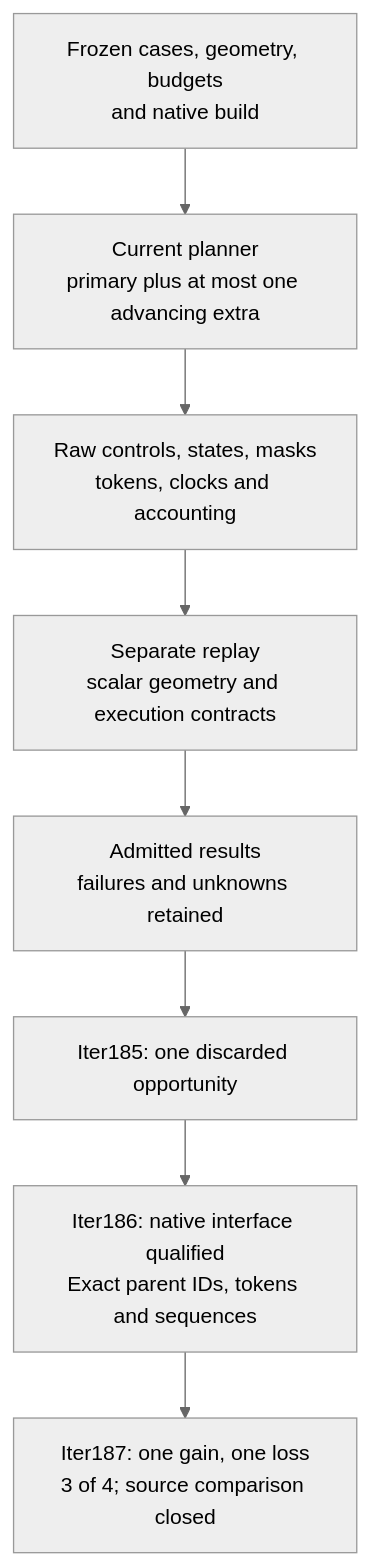
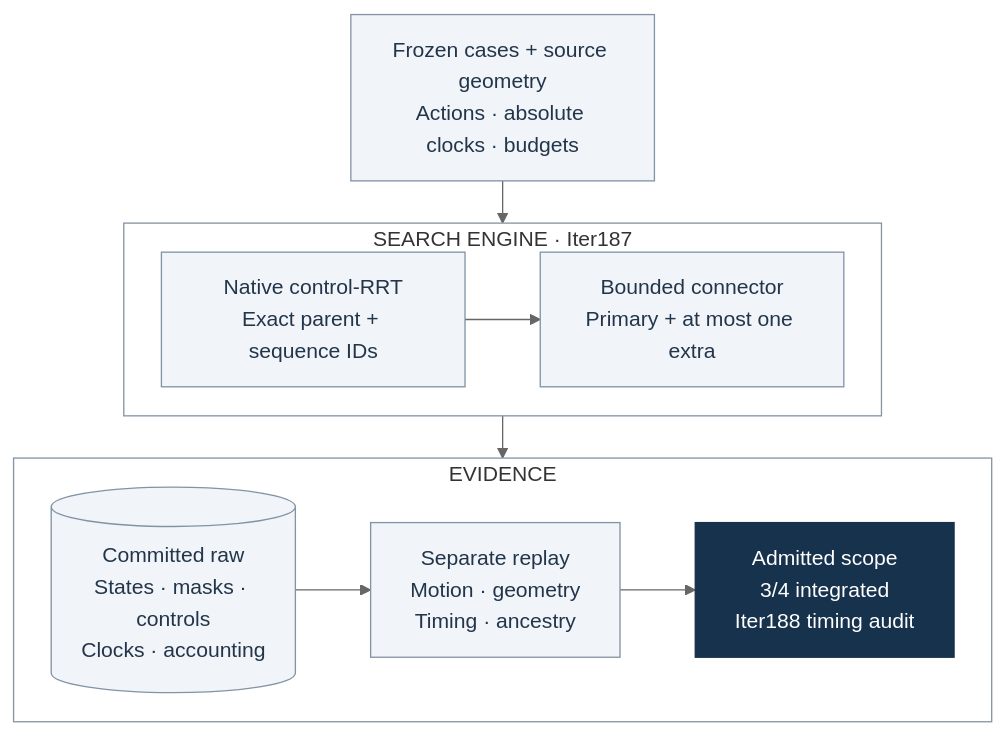
The first of 10 diagrams in docs/ARCHITECTURE.md (manfromnowhere143/sentinel), drawn with Mermaid (neutral theme) before and after one commit. The commit also changed other lines of this file and 55 other files, not shown here.

Commit message:
Close early timing audit and redesign the README engine and progress diagrams

````diff
--- a/docs/ARCHITECTURE.md
+++ b/docs/ARCHITECTURE.md
@@ -17,12 +17,29 @@
 ```mermaid
+---
+config:
+  flowchart:
+    curve: linear
+    nodeSpacing: 24
+    wrappingWidth: 170
+    rankSpacing: 32
+---
 flowchart TB
-  accTitle: Current search evidence and native branch qualification
-  accDescr: Frozen source produces raw records before separate replay. Iter186 qualifies explicit native branch identities; Iter187 tests the integrated rule with one gain and one loss.
-  S["Frozen cases, geometry, budgets<br/>and native build"] --> P["Current planner<br/>primary plus at most one advancing extra"]
-  P --> R["Raw controls, states, masks<br/>tokens, clocks and accounting"]
-  R --> V["Separate replay<br/>scalar geometry and execution contracts"]
-  V --> A["Admitted results<br/>failures and unknowns retained"]
-  A --> D["Iter185: one discarded opportunity"]
-  D --> B["Iter186: native interface qualified<br/>Exact parent IDs, tokens and sequences"]
-  B --> Q["Iter187: one gain, one loss<br/>3 of 4; source comparison closed"]
+  accTitle: Current recovery research engine and evidence path
+  accDescr: Privileged search produces raw records; separate replay admits bounded claims.
+  S["Frozen cases + source geometry<br/>Actions · absolute clocks · budgets"]
+  subgraph P["SEARCH ENGINE · Iter187"]
+    direction LR
+    R["Native control-RRT<br/>Exact parent + sequence IDs"] --> C["Bounded connector<br/>Primary + at most one extra"]
+  end
+  S --> P
+  subgraph E["EVIDENCE"]
+    direction LR
+    D[("Committed raw<br/>States · masks · controls<br/>Clocks · accounting")] --> V["Separate replay<br/>Motion · geometry<br/>Timing · ancestry"] --> A["Admitted scope<br/>3/4 integrated<br/>Iter188 timing audit"]
+  end
+  P --> E
+  classDef default fill:#f1f5f9,stroke:#8293a6,color:#23354a;
+  classDef focus fill:#17324d,stroke:#17324d,color:#fff;
+  class A focus;
+  style P fill:transparent,stroke:#8595a5
+  style E fill:transparent,stroke:#8595a5
 ```
````
